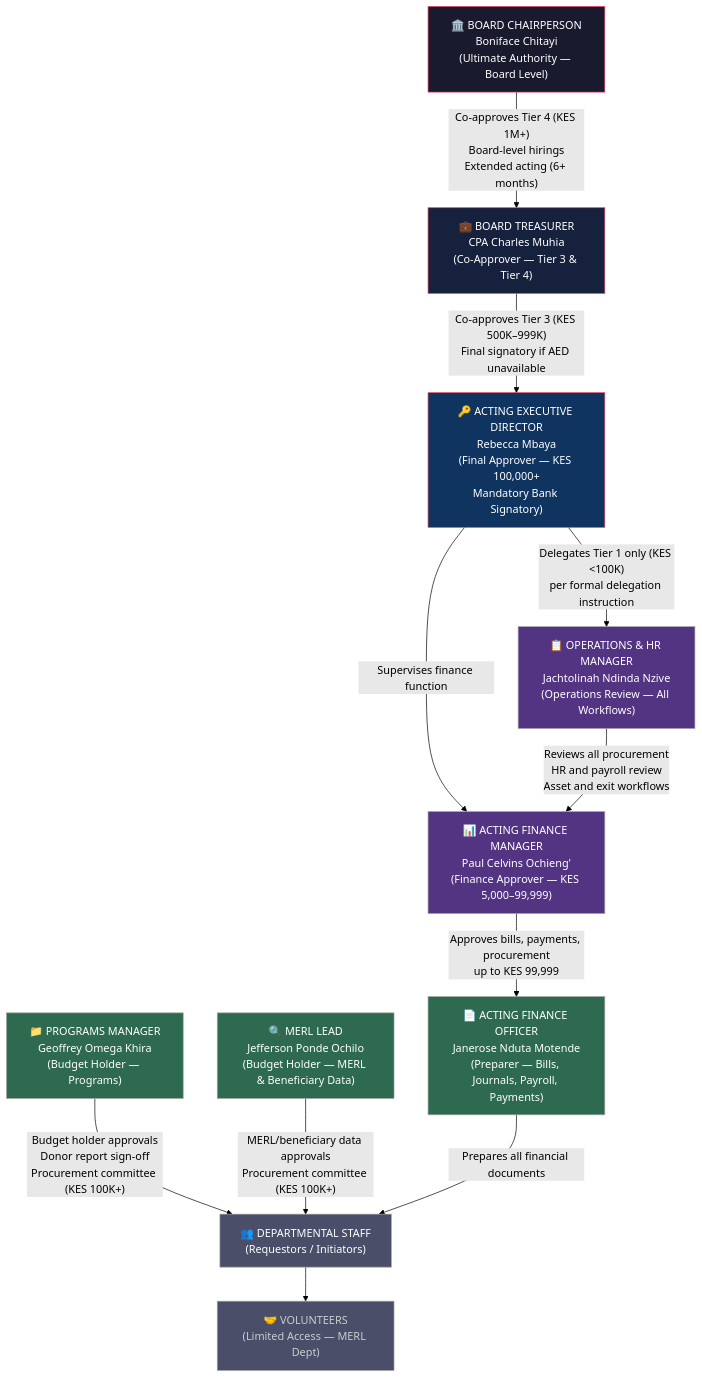
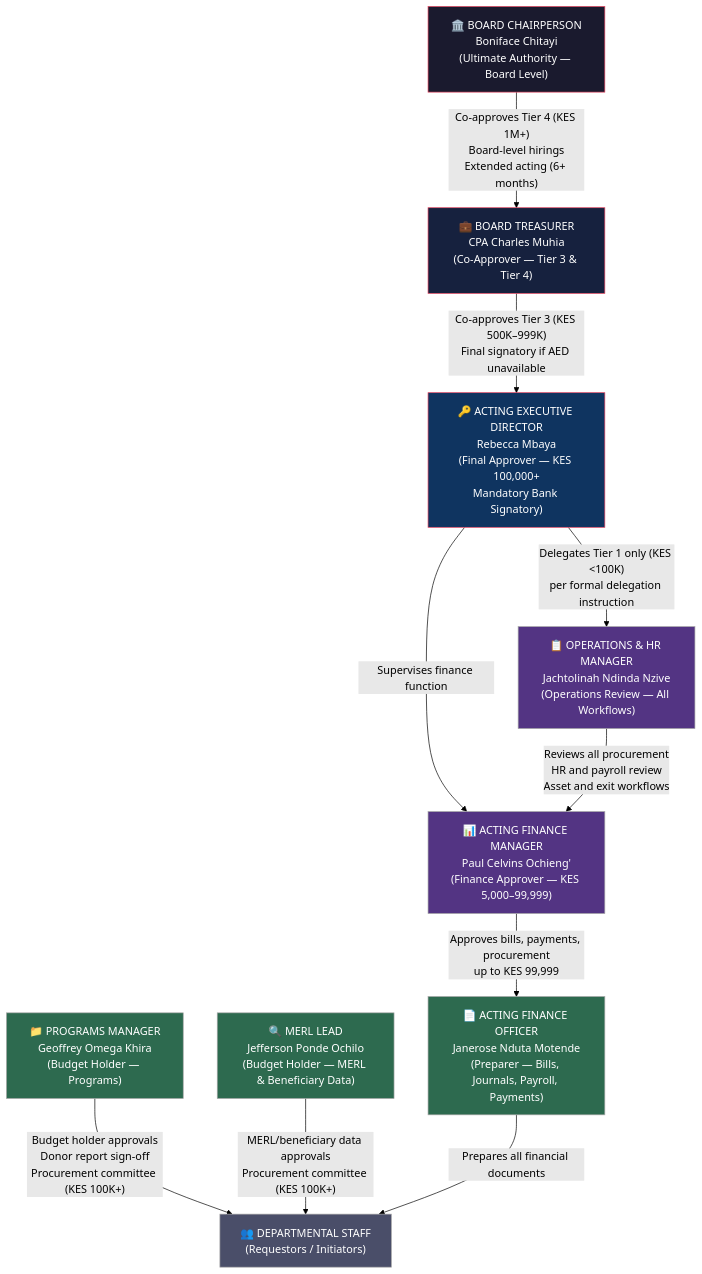
The first of 2 diagrams in 01_Governance_Hierarchy.md (liohunter1/bnbr-workflow-architecture), drawn with Mermaid (forest theme) before and after one commit. The commit also changed 1 other file, not shown here.

Commit message:
Remove VOLUNTEERS node from Governance Hierarchy

````diff
--- a/01_Governance_Hierarchy.md
+++ b/01_Governance_Hierarchy.md
@@ -6,35 +6,32 @@
 ```mermaid
 flowchart TD
     BC["🏛️ BOARD CHAIRPERSON\nBoniface Chitayi\n(Ultimate Authority — Board Level)"]
     BT["💼 BOARD TREASURER\nCPA Charles Muhia\n(Co-Approver — Tier 3 & Tier 4)"]
     AED["🔑 ACTING EXECUTIVE DIRECTOR\nRebecca Mbaya\n(Final Approver — KES 100,000+\nMandatory Bank Signatory)"]
     OHR["📋 OPERATIONS & HR MANAGER\nJachtolinah Ndinda Nzive\n(Operations Review — All Workflows)"]
     AFM["📊 ACTING FINANCE MANAGER\nPaul Celvins Ochieng'\n(Finance Approver — KES 5,000–99,999)"]
     AFO["📄 ACTING FINANCE OFFICER\nJanerose Nduta Motende\n(Preparer — Bills, Journals, Payroll, Payments)"]
     PM["📁 PROGRAMS MANAGER\nGeoffrey Omega Khira\n(Budget Holder — Programs)"]
     ML["🔍 MERL LEAD\nJefferson Ponde Ochilo\n(Budget Holder — MERL & Beneficiary Data)"]
     DS["👥 DEPARTMENTAL STAFF\n(Requestors / Initiators)"]
-    VOL["🤝 VOLUNTEERS\n(Limited Access — MERL Dept)"]
 
     BC -->|"Co-approves Tier 4 (KES 1M+)\nBoard-level hirings\nExtended acting (6+ months)"| BT
     BT -->|"Co-approves Tier 3 (KES 500K–999K)\nFinal signatory if AED unavailable"| AED
     AED -->|"Delegates Tier 1 only (KES <100K)\nper formal delegation instruction"| OHR
     AED -->|"Supervises finance function"| AFM
     OHR -->|"Reviews all procurement\nHR and payroll review\nAsset and exit workflows"| AFM
     AFM -->|"Approves bills, payments, procurement\nup to KES 99,999"| AFO
     PM -->|"Budget holder approvals\nDonor report sign-off\nProcurement committee (KES 100K+)"| DS
     ML -->|"MERL/beneficiary data approvals\nProcurement committee (KES 100K+)"| DS
     AFO -->|"Prepares all financial documents"| DS
-    DS --> VOL
 
     style BC fill:#1a1a2e,color:#fff,stroke:#e94560
     style BT fill:#16213e,color:#fff,stroke:#e94560
     style AED fill:#0f3460,color:#fff,stroke:#e94560
     style OHR fill:#533483,color:#fff,stroke:#a8a8a8
     style AFM fill:#533483,color:#fff,stroke:#a8a8a8
     style AFO fill:#2d6a4f,color:#fff,stroke:#a8a8a8
     style PM fill:#2d6a4f,color:#fff,stroke:#a8a8a8
     style ML fill:#2d6a4f,color:#fff,stroke:#a8a8a8
     style DS fill:#4a4e69,color:#fff,stroke:#a8a8a8
-    style VOL fill:#4a4e69,color:#ccc,stroke:#a8a8a8
 ```
````
